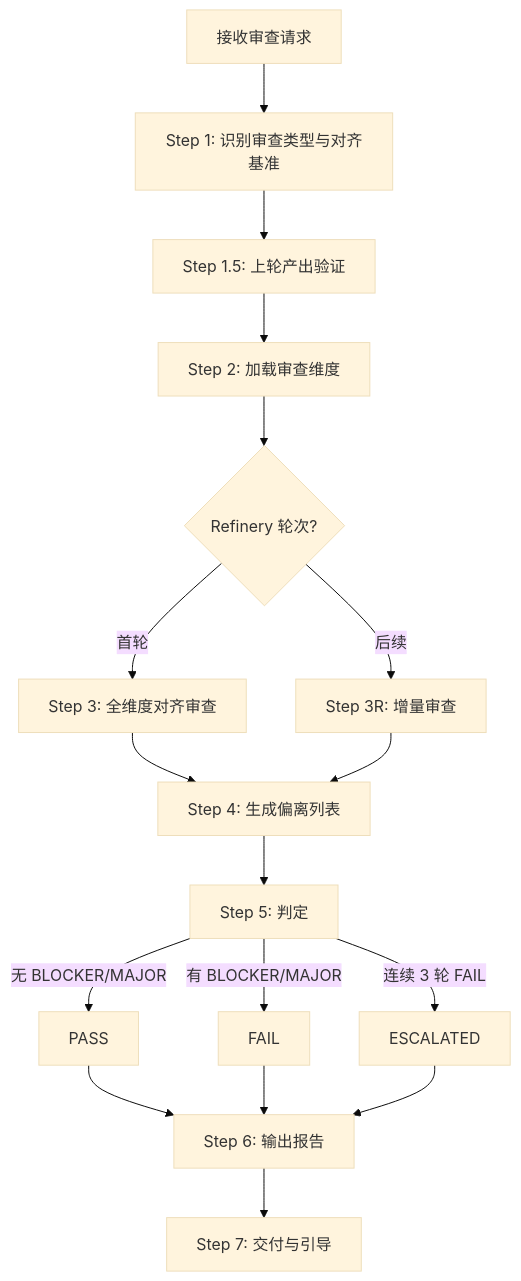
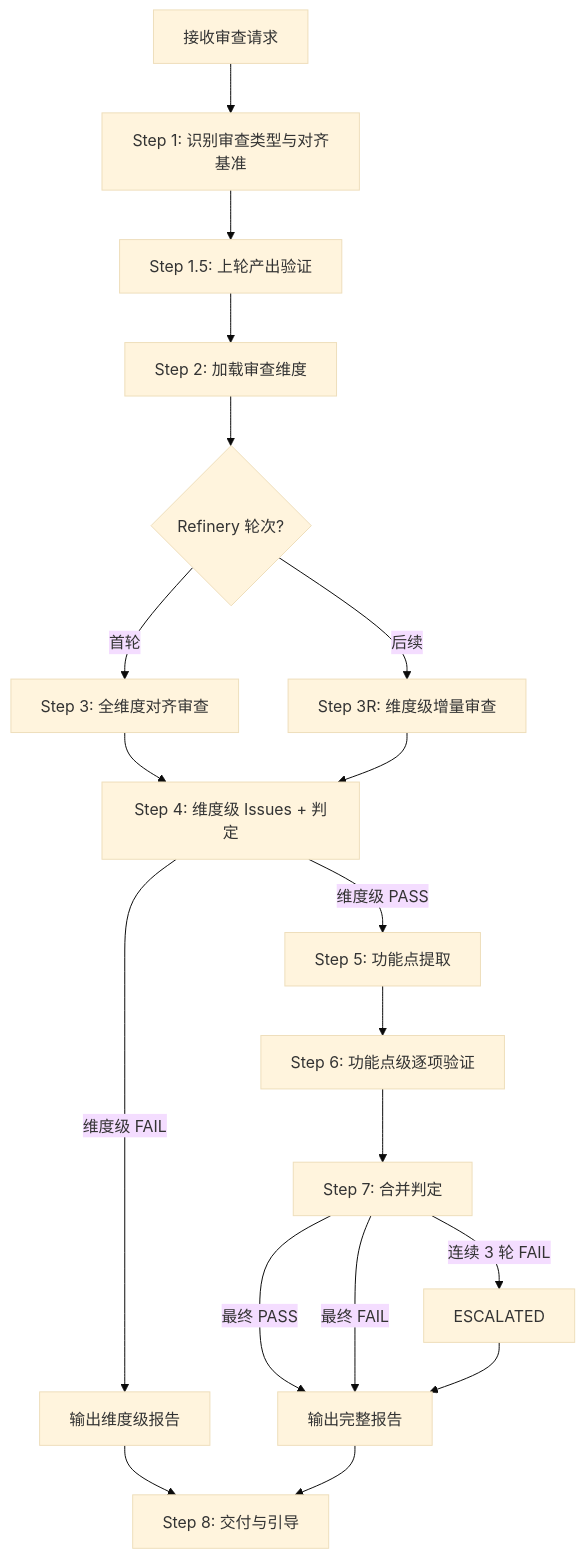
Before and after one commit to chenchiyuan/powerby-skills: the first of 2 diagrams in skills/pb-v1-reviewer/SKILL.md, drawn with Mermaid (base theme). The commit also changed other lines of this file and 58 other files, not shown here.

````diff
--- a/skills/pb-v1-reviewer/SKILL.md
+++ b/skills/pb-v1-reviewer/SKILL.md
@@ -372,19 +490,21 @@
 ```mermaid
 graph TD
     Start[接收审查请求] --> Identify[Step 1: 识别审查类型与对齐基准]
     Identify --> Verify[Step 1.5: 上轮产出验证]
     Verify --> Load[Step 2: 加载审查维度]
     Load --> Check{Refinery 轮次?}
     Check -->|首轮| Full[Step 3: 全维度对齐审查]
-    Check -->|后续| Delta[Step 3R: 增量审查]
-    Full --> Issues[Step 4: 生成偏离列表]
-    Delta --> Issues
-    Issues --> Judge[Step 5: 判定]
-    Judge -->|无 BLOCKER/MAJOR| Pass[PASS]
-    Judge -->|有 BLOCKER/MAJOR| Fail[FAIL]
-    Judge -->|连续 3 轮 FAIL| Escalate[ESCALATED]
-    Pass --> Report[Step 6: 输出报告]
-    Fail --> Report
+    Check -->|后续| Delta[Step 3R: 维度级增量审查]
+    Full --> DimIssues[Step 4: 维度级 Issues + 判定]
+    Delta --> DimIssues
+    DimIssues -->|维度级 FAIL| DimReport[输出维度级报告]
+    DimIssues -->|维度级 PASS| Extract[Step 5: 功能点提取]
+    DimReport --> Deliver[Step 8: 交付与引导]
+    Extract --> FPVerify[Step 6: 功能点级逐项验证]
+    FPVerify --> Merge[Step 7: 合并判定]
+    Merge -->|最终 PASS| Report[输出完整报告]
+    Merge -->|最终 FAIL| Report
+    Merge -->|连续 3 轮 FAIL| Escalate[ESCALATED]
     Escalate --> Report
-    Report --> Deliver[Step 7: 交付与引导]
+    Report --> Deliver
 ```
````
